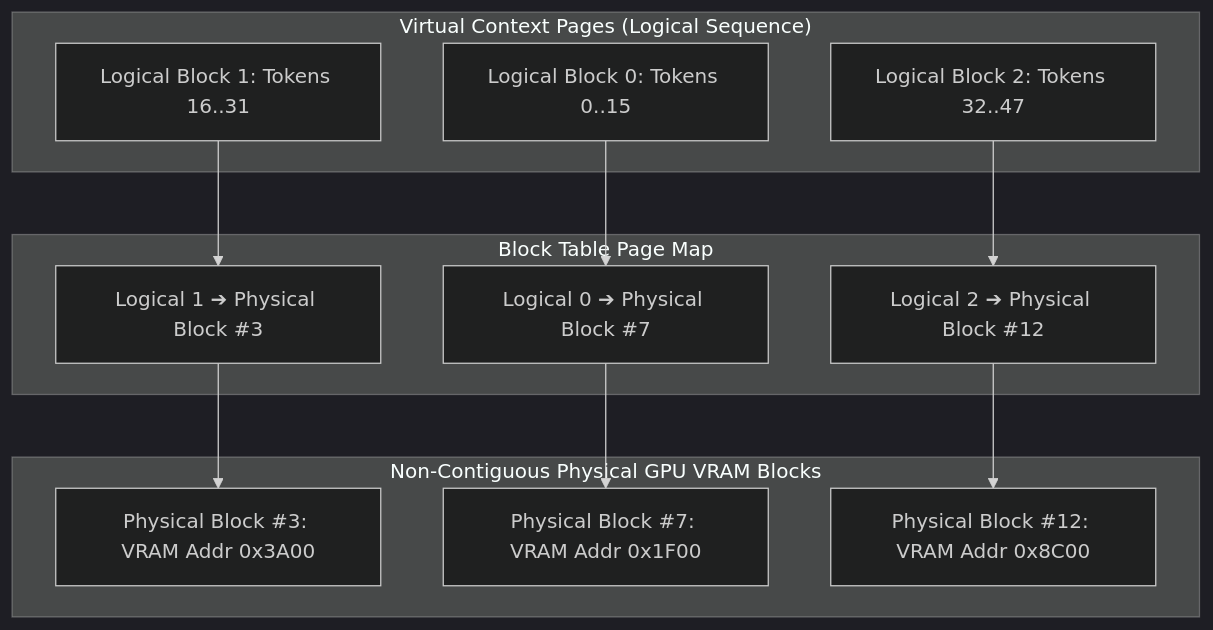
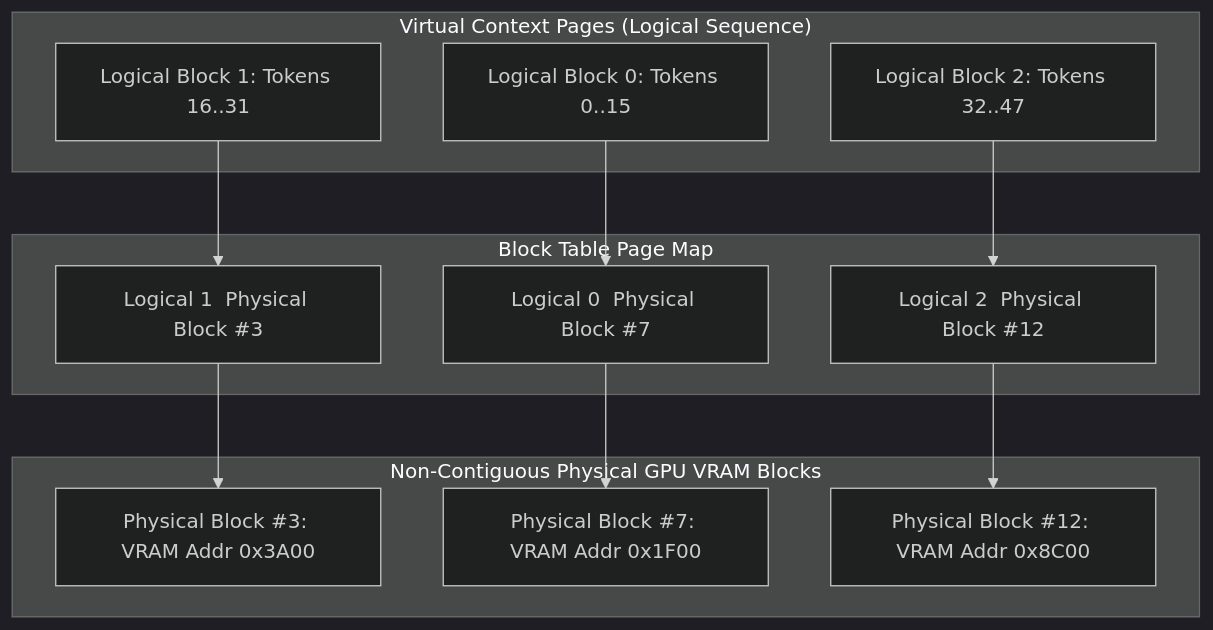
The diagram in blog/posts/kv-cache-optimization-pagedattention-long-context-agents.md (akmalkhaniub/akmalkhaniub.github.io), drawn with Mermaid (dark theme) before and after one commit. The commit also changed 411 other files, not shown here.

````diff
--- a/blog/posts/kv-cache-optimization-pagedattention-long-context-agents.md
+++ b/blog/posts/kv-cache-optimization-pagedattention-long-context-agents.md
@@ -19,24 +19,24 @@
 ```mermaid
-graph TD
+flowchart TD
   subgraph SG1_VirtualContextPages ["Virtual Context Pages (Logical Sequence)"]
     A[Logical Block 0: Tokens 0..15]
     B[Logical Block 1: Tokens 16..31]
     C[Logical Block 2: Tokens 32..47]
   end
   
   subgraph SG2_BlockTablePage ["Block Table Page Map"]
-    D[Logical 0 ➔ Physical Block #7]
-    E[Logical 1 ➔ Physical Block #3]
-    F[Logical 2 ➔ Physical Block #12]
+    D[Logical 0  Physical Block #7]
+    E[Logical 1  Physical Block #3]
+    F[Logical 2  Physical Block #12]
   end
   
   subgraph SG3_NonContiguousPhysical ["Non-Contiguous Physical GPU VRAM Blocks"]
     G[Physical Block #3: VRAM Addr 0x3A00]
     H[Physical Block #7: VRAM Addr 0x1F00]
     I[Physical Block #12: VRAM Addr 0x8C00]
   end
   
   A --> D --> H
   B --> E --> G
   C --> F --> I
 ```
````
